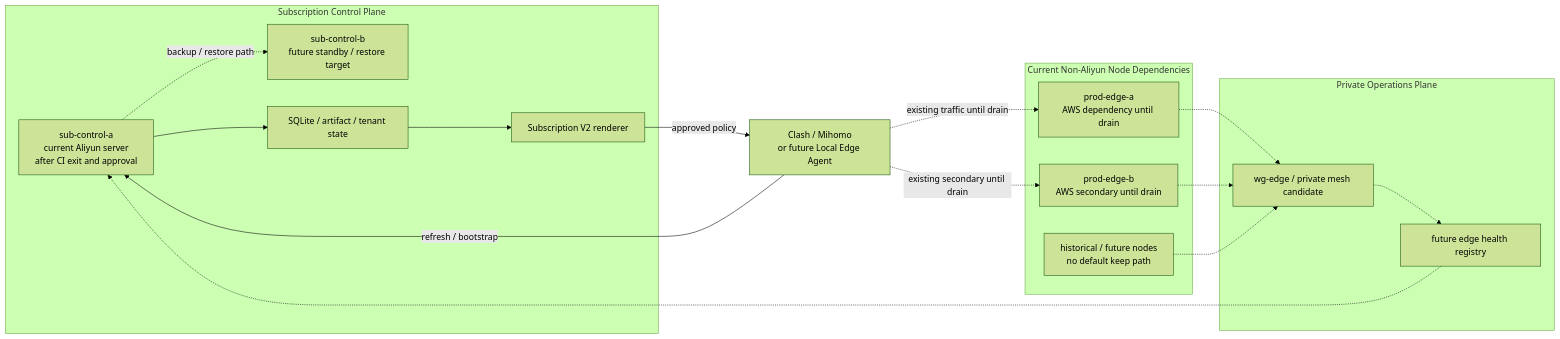
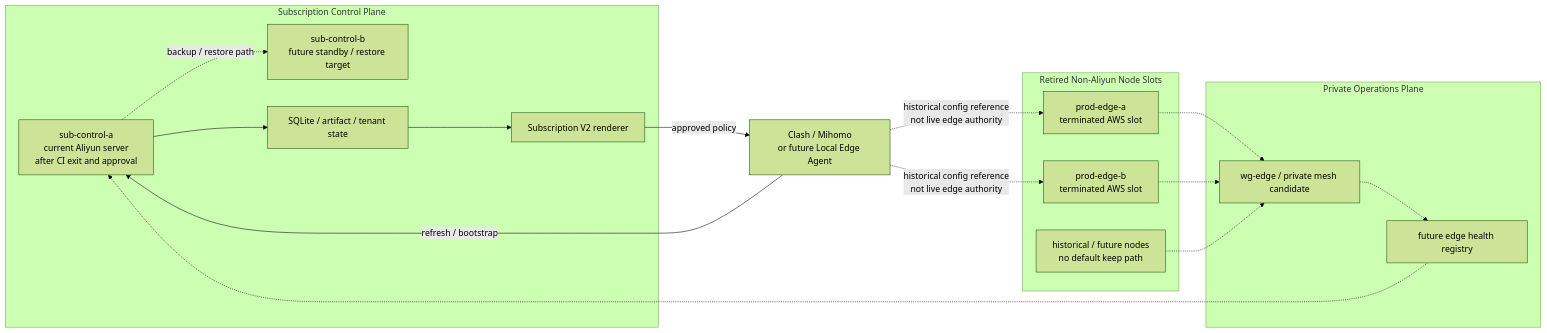
The second of 7 diagrams in docs/PROJECT_TOPOLOGY.md (FlyLink-com/proxy-gateway-minimal), drawn with Mermaid (forest theme) before and after one commit. The commit also changed other lines of this file and 145 other files, not shown here.

````diff
--- a/docs/PROJECT_TOPOLOGY.md
+++ b/docs/PROJECT_TOPOLOGY.md
@@ -65,31 +64,31 @@
 ```mermaid
 flowchart LR
   subgraph "Subscription Control Plane"
     SC["sub-control-a\ncurrent Aliyun server\nafter CI exit and approval"]
     SB["sub-control-b\nfuture standby / restore target"]
     State["SQLite / artifact / tenant state"]
     Render["Subscription V2 renderer"]
   end
 
-  subgraph "Current Non-Aliyun Node Dependencies"
-    A["prod-edge-a\nAWS dependency until drain"]
-    B["prod-edge-b\nAWS secondary until drain"]
+  subgraph "Retired Non-Aliyun Node Slots"
+    A["prod-edge-a\nterminated AWS slot"]
+    B["prod-edge-b\nterminated AWS slot"]
     C["historical / future nodes\nno default keep path"]
   end
 
   subgraph "Private Operations Plane"
     Mesh["wg-edge / private mesh candidate"]
     Health["future edge health registry"]
   end
 
   Clients["Clash / Mihomo\nor future Local Edge Agent"] -->|"refresh / bootstrap"| SC
   SC --> State --> Render
   Render -->|"approved policy"| Clients
-  Clients -.->|"existing traffic until drain"| A
-  Clients -.->|"existing secondary until drain"| B
+  Clients -.->|"historical config reference\nnot live edge authority"| A
+  Clients -.->|"historical config reference\nnot live edge authority"| B
   SC -.->|"backup / restore path"| SB
   A -.-> Mesh
   B -.-> Mesh
   C -.-> Mesh
   Mesh -.-> Health -.-> SC
 ```
````
